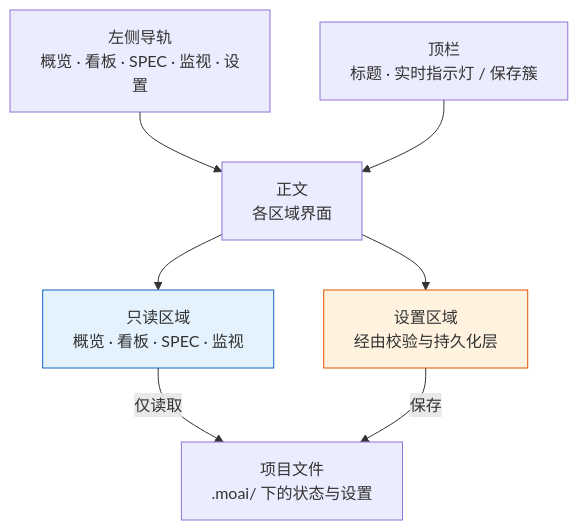
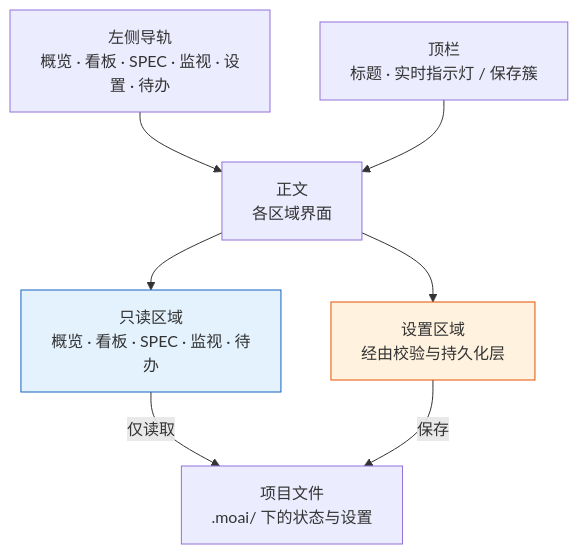
The diagram in docs-site/content/zh/advanced/moai-web-console.md (modu-ai/moai-adk), drawn with Mermaid before and after one commit. The commit also changed other lines of this file and 109 other files, not shown here.

````diff
--- a/docs-site/content/zh/advanced/moai-web-console.md
+++ b/docs-site/content/zh/advanced/moai-web-console.md
@@ -31,19 +32,19 @@
 ```mermaid
 flowchart TD
-    Rail["左侧导轨<br/>概览 · 看板 · SPEC · 监视 · 设置"]
+    Rail["左侧导轨<br/>概览 · 看板 · SPEC · 监视 · 设置 · 待办"]
     Top["顶栏<br/>标题 · 实时指示灯 / 保存簇"]
     Body["正文<br/>各区域界面"]
-    Read["只读区域<br/>概览 · 看板 · SPEC · 监视"]
+    Read["只读区域<br/>概览 · 看板 · SPEC · 监视 · 待办"]
     Write["设置区域<br/>经由校验与持久化层"]
     Files["项目文件<br/>.moai/ 下的状态与设置"]
 
     Rail --> Body
     Top --> Body
     Body --> Read
     Body --> Write
     Read -->|仅读取| Files
     Write -->|保存| Files
 
     style Read fill:#E3F2FD,stroke:#1565C0
     style Write fill:#FFF3E0,stroke:#E65100
 ```
````
